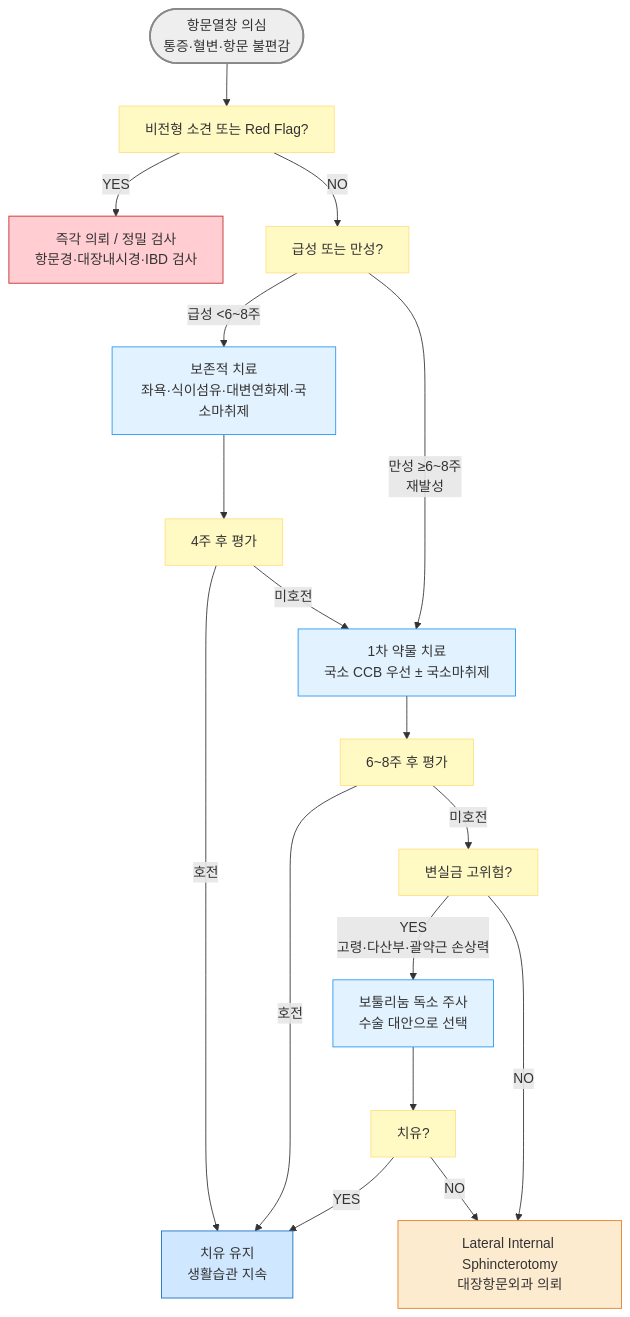
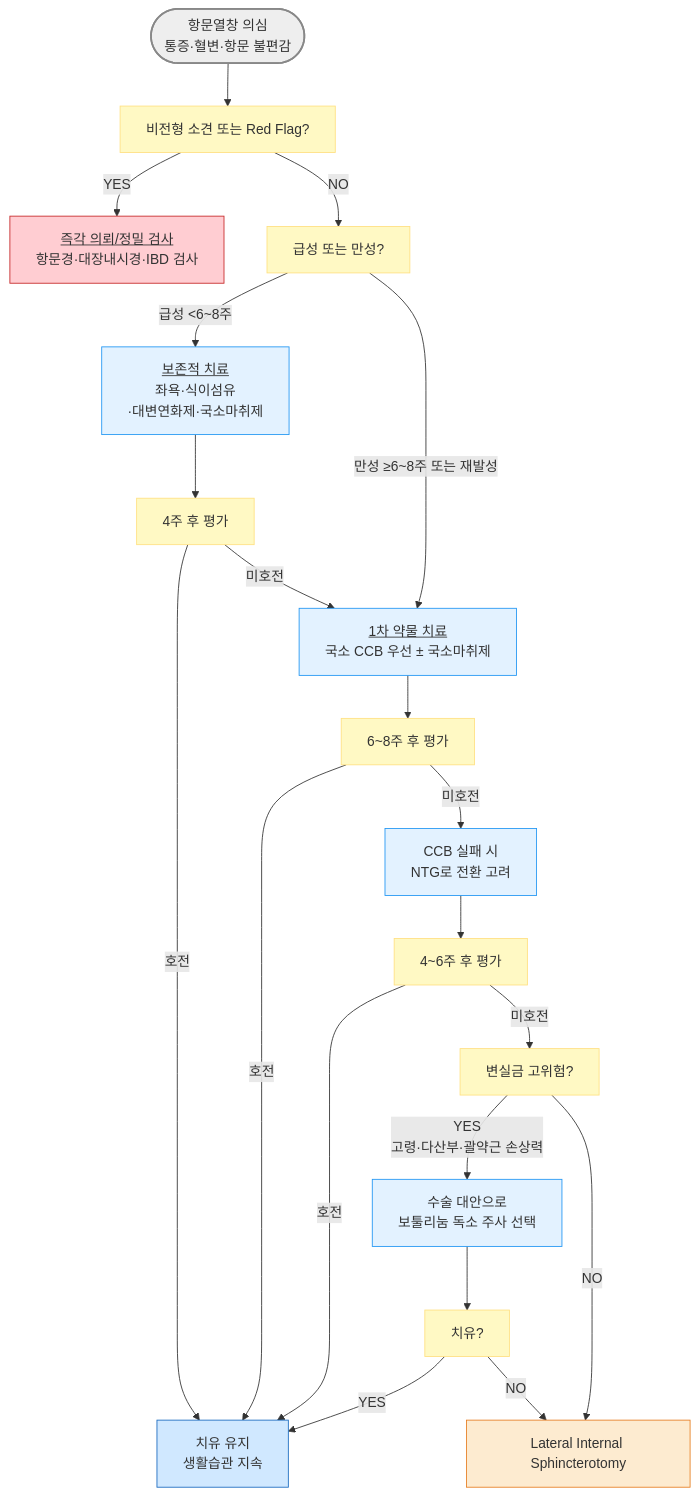
One commit to familyoh77/familyoh77 changed the diagram in 224_/090_-anal-fissure.md. Above: the diagram before and after it, drawn with Mermaid.

Commit message:
GITBOOK-1001: No subject

````diff
--- a/224_/090_-anal-fissure.md
+++ b/224_/090_-anal-fissure.md
@@ -90,28 +90,30 @@
 ```mermaid
 graph TD
     A([항문열창 의심<br/>통증·혈변·항문 불편감]) --> B[비전형 소견 또는 Red Flag?]
-    B -- YES --> C[즉각 의뢰 / 정밀 검사<br/>항문경·대장내시경·IBD 검사]
+    B -- YES --> C[<u>즉각 의뢰/정밀 검사</u><br/>항문경·대장내시경·IBD 검사]
     B -- NO --> D[급성 또는 만성?]
-    D -- "급성 <6~8주" --> E[보존적 치료<br/>좌욕·식이섬유·대변연화제·국소마취제]
-    D -- "만성 ≥6~8주 <br/> 재발성" --> G
+    D -- "급성 <6~8주" --> E[<u>보존적 치료</u><br/>좌욕·식이섬유<br/>·대변연화제·국소마취제]
+    D -- "만성 ≥6~8주 또는 재발성" --> G
     E --> F[4주 후 평가]
     F -- 호전 --> Z[치유 유지<br/>생활습관 지속]
-    F -- 미호전 --> G[1차 약물 치료<br/>국소 CCB 우선 ± 국소마취제]
+    F -- 미호전 --> G[<u>1차 약물 치료</u><br/>국소 CCB 우선 ± 국소마취제]
     G --> H[6~8주 후 평가]
     H -- 호전 --> Z
-    H -- 미호전 --> I[변실금 고위험?]
-    I -- "YES<br/>고령·다산부·괄약근 손상력" --> J[보툴리눔 독소 주사<br/>수술 대안으로 선택]
-    I -- NO --> K[Lateral Internal Sphincterotomy<br/>대장항문외과 의뢰]
+    H -- 미호전 --> G2[CCB 실패 시 <br/>NTG로 전환 고려]
+    G2 --> H2[4~6주 후 평가]
+    H2 -- 호전 --> Z
+    H2 -- 미호전 --> I[변실금 고위험?]
+    I -- "YES<br/>고령·다산부·괄약근 손상력" --> J[수술 대안으로 <br/>보툴리눔 독소 주사 선택]
+    I -- NO --> K[Lateral Internal Sphincterotomy]
     J --> L[치유?]
     L -- YES --> Z
     L -- NO --> K
     style A fill:#eeeeee,stroke:#888888,stroke-width:2px
-classDef yellow fill:#fff9c4,stroke:#ffe082
-class B,D,I,F,H,L yellow
+    classDef yellow fill:#fff9c4,stroke:#ffe082
+    class B,D,I,F,H,H2,L yellow
     style C fill:#ffcdd2,stroke:#c62828
-
-classDef sky fill:#e3f2ff,stroke:#2196f3
-class E,G,J sky
-style Z fill:#d0e8ff,stroke:#1a6abf
-style K fill:#fdebd0,stroke:#e67e22
+    classDef sky fill:#e3f2ff,stroke:#2196f3
+    class E,G,G2,J sky
+    style Z fill:#d0e8ff,stroke:#1a6abf
+    style K fill:#fdebd0,stroke:#e67e22
 ```
````
